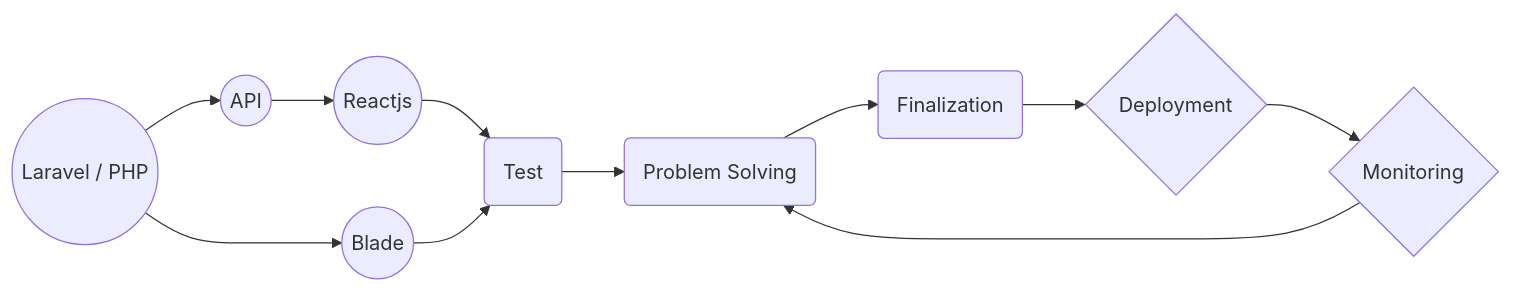
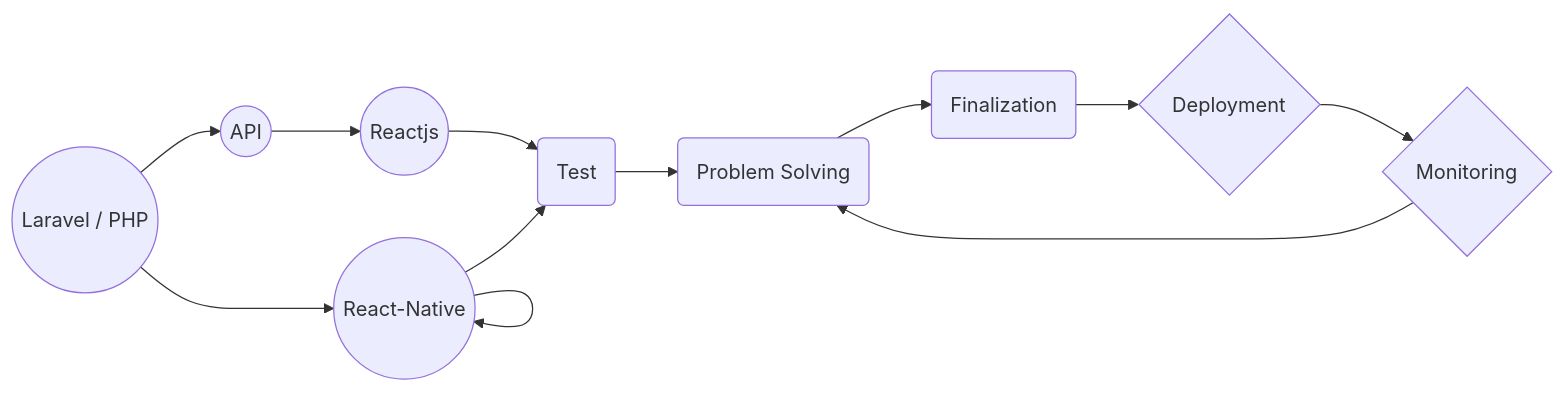
The diagram in README.md (zahidmzhmm/zahidmzhmm), drawn with Mermaid before and after one commit.

````diff
--- a/README.md
+++ b/README.md
@@ -38,13 +38,13 @@
 ```mermaid
 graph LR
-A((Laravel / PHP)) --> B((Blade))
+A((Laravel / PHP)) --> B((Blade)) --> B((React-Native))
 A --> C((API))
 E --> D(Test)
 C --> E((Reactjs))
 B --> D
 D --> F(Problem Solving)
 F --> G(Finalization)
 G --> H{Deployment}
 H --> I{Monitoring}
 I --> F
 ```
````
